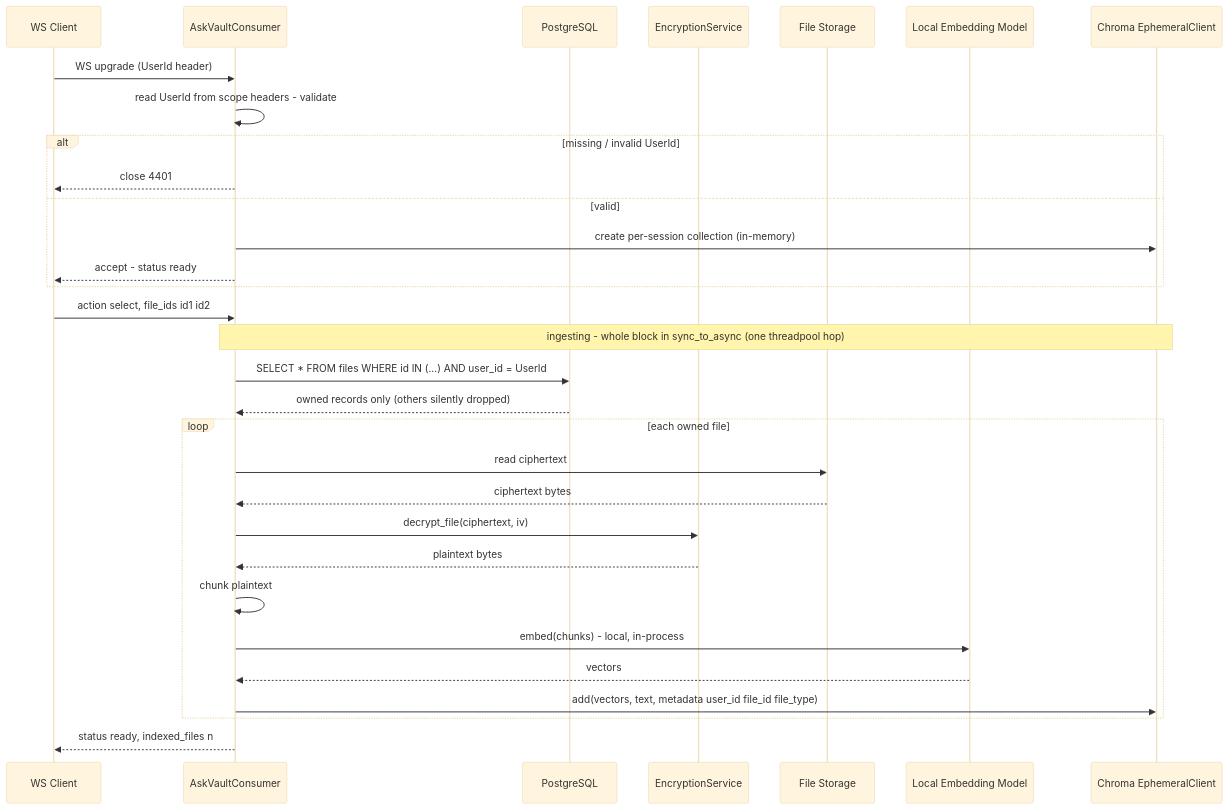
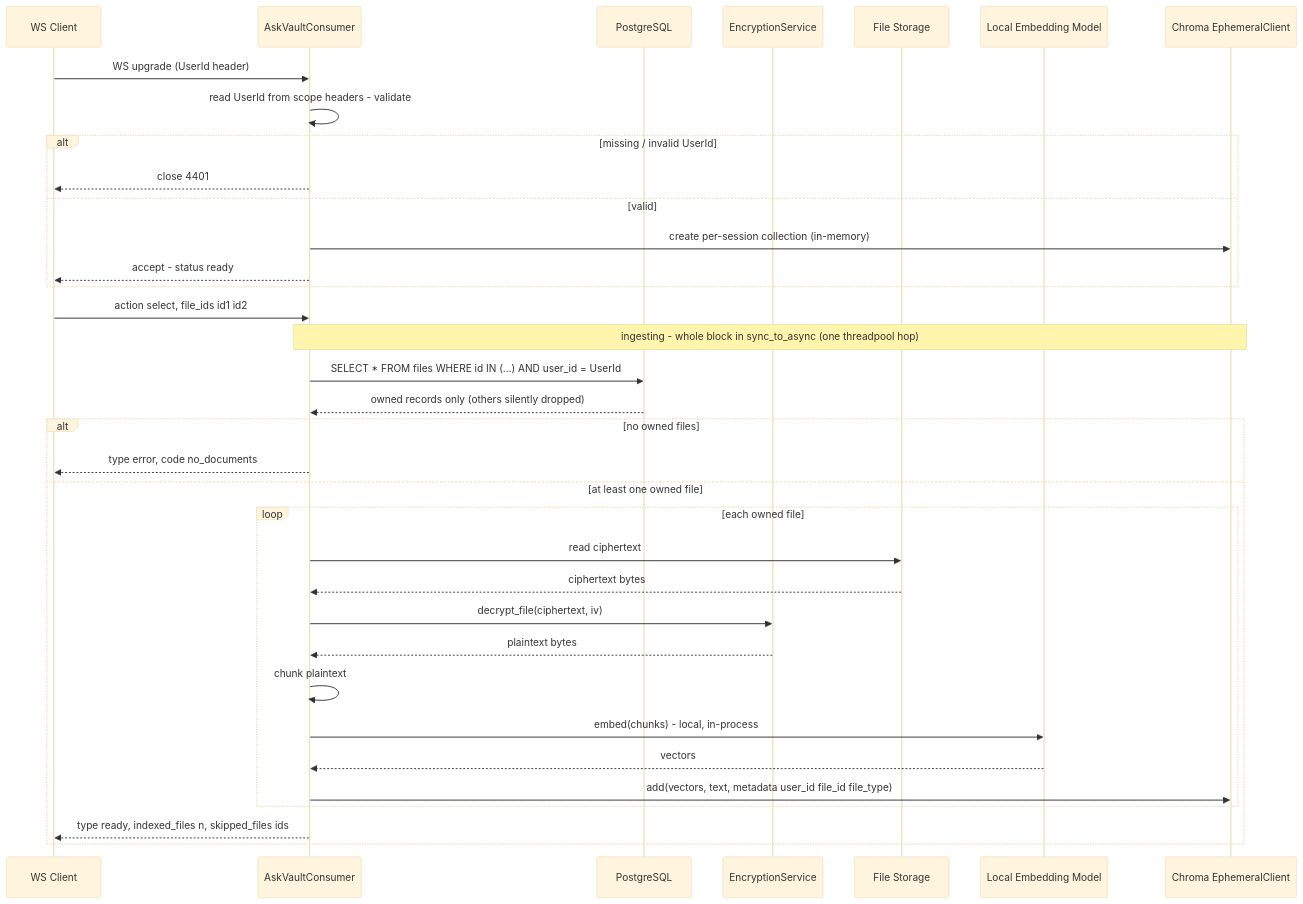
One commit to conghan-tay/private_AbProject-WithRAG changed the second of 4 diagrams in docs/ImplementationPlans/AskTheVault_RAG_Session_Design.md. Above: the diagram before and after it, drawn with Mermaid (base theme). The commit also changed other lines of this file, not shown here.

````diff
--- a/docs/ImplementationPlans/AskTheVault_RAG_Session_Design.md
+++ b/docs/ImplementationPlans/AskTheVault_RAG_Session_Design.md
@@ -164,35 +177,39 @@
 ```mermaid
 sequenceDiagram
     participant C as WS Client
     participant K as AskVaultConsumer
     participant DB as PostgreSQL
     participant E as EncryptionService
     participant FS as File Storage
     participant M as Local Embedding Model
     participant X as Chroma EphemeralClient
 
     C->>K: WS upgrade (UserId header)
     K->>K: read UserId from scope headers - validate
     alt missing / invalid UserId
         K-->>C: close 4401
     else valid
         K->>X: create per-session collection (in-memory)
         K-->>C: accept - status ready
     end
 
     C->>K: action select, file_ids id1 id2
     Note over K,X: ingesting - whole block in sync_to_async (one threadpool hop)
     K->>DB: SELECT * FROM files WHERE id IN (...) AND user_id = UserId
     DB-->>K: owned records only (others silently dropped)
-    loop each owned file
-        K->>FS: read ciphertext
-        FS-->>K: ciphertext bytes
-        K->>E: decrypt_file(ciphertext, iv)
-        E-->>K: plaintext bytes
-        K->>K: chunk plaintext
-        K->>M: embed(chunks) - local, in-process
-        M-->>K: vectors
-        K->>X: add(vectors, text, metadata user_id file_id file_type)
+    alt no owned files
+        K-->>C: type error, code no_documents
+    else at least one owned file
+        loop each owned file
+            K->>FS: read ciphertext
+            FS-->>K: ciphertext bytes
+            K->>E: decrypt_file(ciphertext, iv)
+            E-->>K: plaintext bytes
+            K->>K: chunk plaintext
+            K->>M: embed(chunks) - local, in-process
+            M-->>K: vectors
+            K->>X: add(vectors, text, metadata user_id file_id file_type)
+        end
+        K-->>C: type ready, indexed_files n, skipped_files ids
     end
-    K-->>C: status ready, indexed_files n
 ```
````
